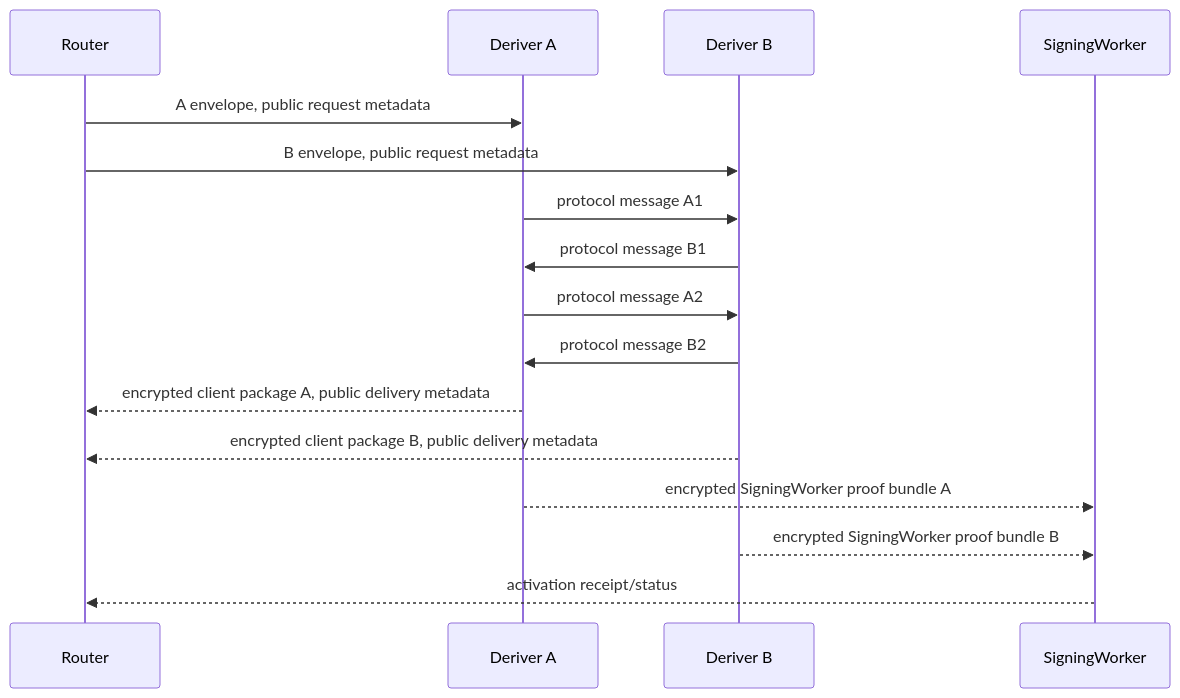
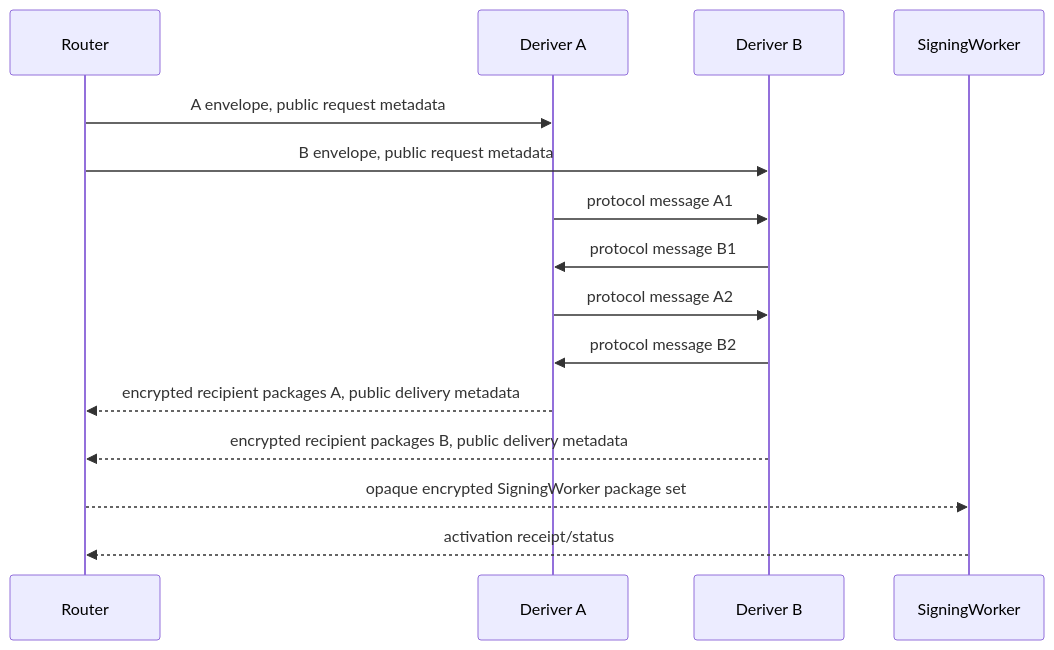
One commit to seams-tech/seams-sdk changed the fourth of 22 diagrams in docs/router-a-b-SPEC.md. Above: the diagram before and after it, drawn with Mermaid. The commit also changed other lines of this file and 48 other files, not shown here.

````diff
--- a/docs/router-a-b-SPEC.md
+++ b/docs/router-a-b-SPEC.md
@@ -436,19 +440,18 @@
 ```mermaid
 sequenceDiagram
   participant R as Router
   participant A as Deriver A
   participant B as Deriver B
   participant SW as SigningWorker
 
   R->>A: A envelope, public request metadata
   R->>B: B envelope, public request metadata
   A->>B: protocol message A1
   B->>A: protocol message B1
   A->>B: protocol message A2
   B->>A: protocol message B2
-  A-->>R: encrypted client package A, public delivery metadata
-  B-->>R: encrypted client package B, public delivery metadata
-  A-->>SW: encrypted SigningWorker proof bundle A
-  B-->>SW: encrypted SigningWorker proof bundle B
+  A-->>R: encrypted recipient packages A, public delivery metadata
+  B-->>R: encrypted recipient packages B, public delivery metadata
+  R-->>SW: opaque encrypted SigningWorker package set
   SW-->>R: activation receipt/status
 ```
````
